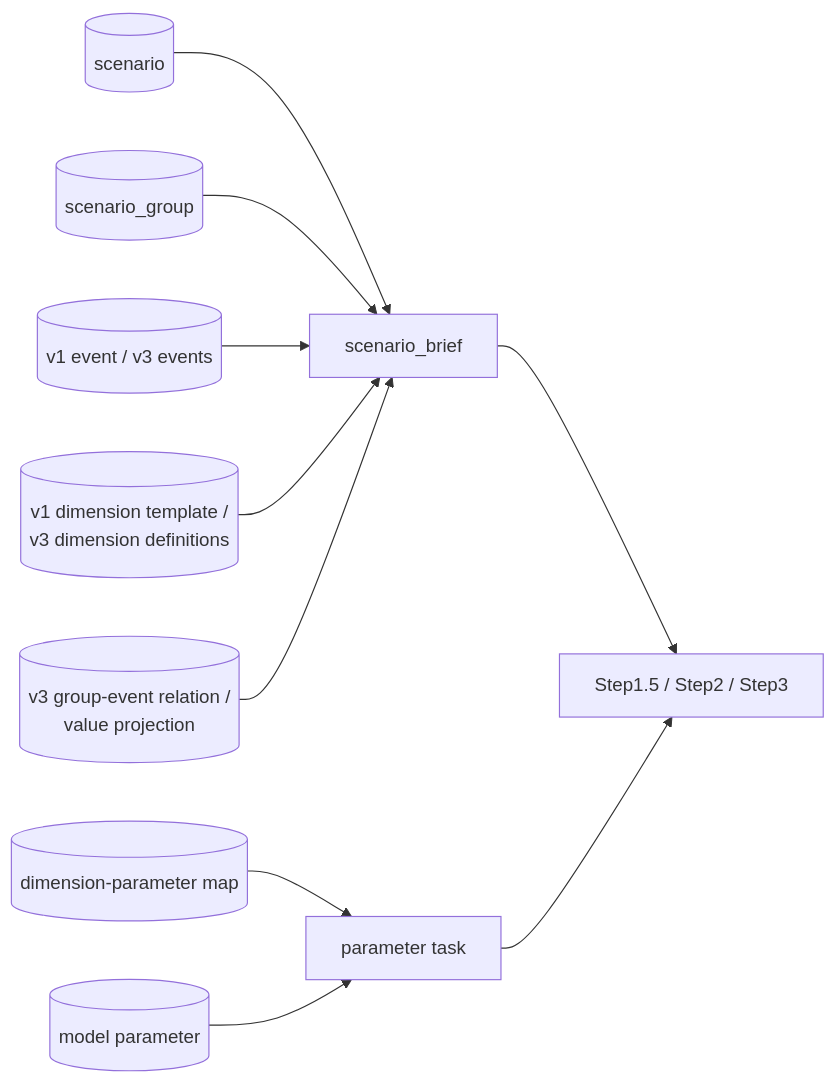
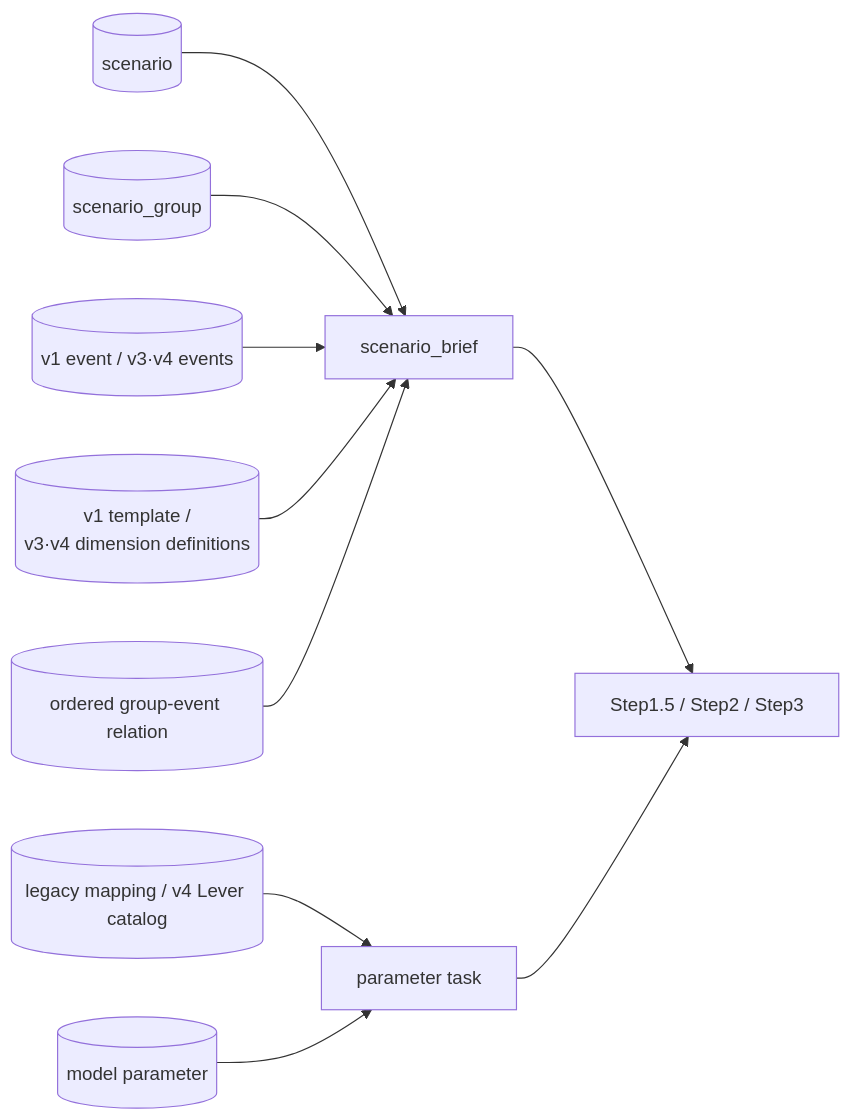
The third of 4 diagrams in apps/agents/model_parameter_agent/docs/04_MODEL_PARAMETER_AGENT_FLOW.md (enkhbaatarL/skmip-mi-agent), drawn with Mermaid before and after one commit. The commit also changed other lines of this file and 73 other files, not shown here.

````diff
--- a/apps/agents/model_parameter_agent/docs/04_MODEL_PARAMETER_AGENT_FLOW.md
+++ b/apps/agents/model_parameter_agent/docs/04_MODEL_PARAMETER_AGENT_FLOW.md
@@ -550,12 +567,12 @@
 ```mermaid
 flowchart LR
     A[(scenario)] --> G[scenario_brief]
     B[(scenario_group)] --> G
-    C[(v1 event / v3 events)] --> G
-    D[(v1 dimension template /\nv3 dimension definitions)] --> G
-    R[(v3 group-event relation /\nvalue projection)] --> G
-    E[(dimension-parameter map)] --> H[parameter task]
+    C[(v1 event / v3·v4 events)] --> G
+    D[(v1 template /\nv3·v4 dimension definitions)] --> G
+    R[(ordered group-event relation)] --> G
+    E[(legacy mapping / v4 Lever catalog)] --> H[parameter task]
     F[(model parameter)] --> H
     G --> I[Step1.5 / Step2 / Step3]
     H --> I
 ```
````
